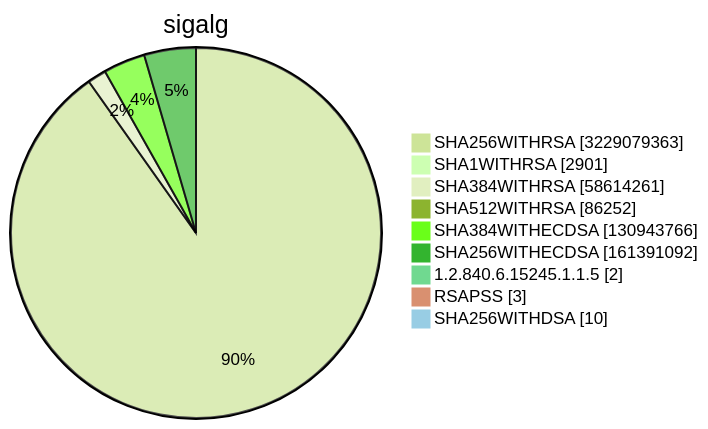
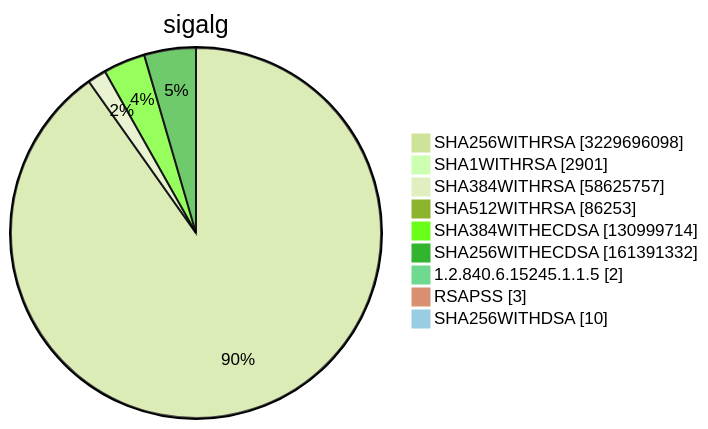
Diagram 15 of 15 in TOTAL/README.md (christiankrug/ctmonitor_visualization), drawn with Mermaid (forest theme) before and after one commit. The commit also changed other lines of this file, not shown here.

````diff
--- a/TOTAL/README.md
+++ b/TOTAL/README.md
@@ -6217,13 +6217,13 @@
 ```mermaid
 pie showData
 title sigalg
-"SHA256WITHRSA" :3229079363
+"SHA256WITHRSA" :3229696098
 "SHA1WITHRSA" :2901
-"SHA384WITHRSA" :58614261
-"SHA512WITHRSA" :86252
-"SHA384WITHECDSA" :130943766
-"SHA256WITHECDSA" :161391092
+"SHA384WITHRSA" :58625757
+"SHA512WITHRSA" :86253
+"SHA384WITHECDSA" :130999714
+"SHA256WITHECDSA" :161391332
 "1.2.840.6.15245.1.1.5" :2
 "RSAPSS" :3
 "SHA256WITHDSA" :10
 ```
````
